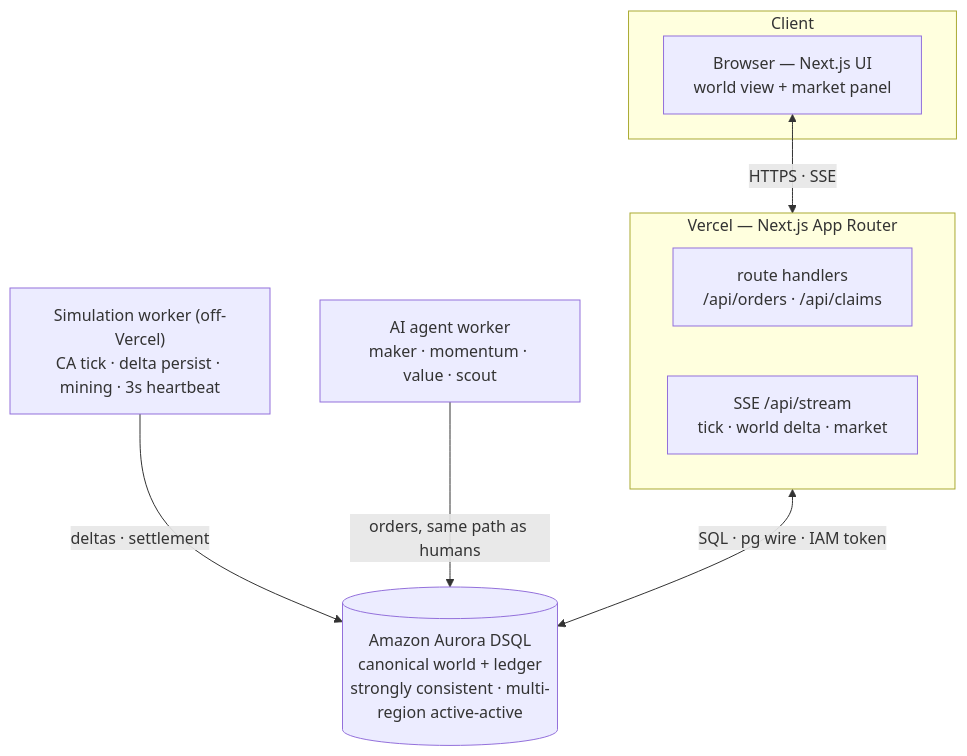
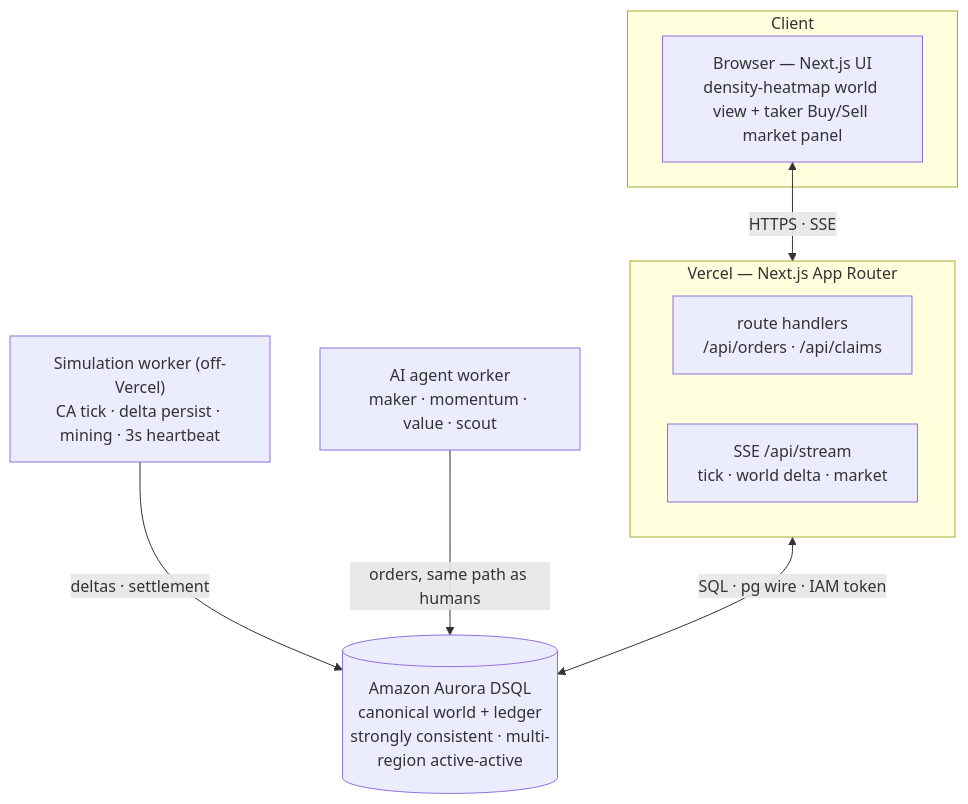
One commit to sgharlow/orbis-exchange changed the diagram in docs/architecture.md. Above: the diagram before and after it, drawn with Mermaid. The commit also changed other lines of this file and 12 other files, not shown here.

````diff
--- a/docs/architecture.md
+++ b/docs/architecture.md
@@ -11,18 +11,18 @@
 ```mermaid
 flowchart TB
   subgraph Client
-    UI["Browser — Next.js UI<br/>world view + market panel"]
+    UI["Browser — Next.js UI<br/>density-heatmap world view + taker Buy/Sell market panel"]
   end
   subgraph Vercel["Vercel — Next.js App Router"]
     RH["route handlers<br/>/api/orders · /api/claims"]
     SSE["SSE /api/stream<br/>tick · world delta · market"]
   end
   DSQL[("Amazon Aurora DSQL<br/>canonical world + ledger<br/>strongly consistent · multi-region active-active")]
   SIM["Simulation worker (off-Vercel)<br/>CA tick · delta persist · mining · 3s heartbeat"]
   AG["AI agent worker<br/>maker · momentum · value · scout"]
 
   UI <-->|HTTPS · SSE| Vercel
   Vercel <-->|SQL · pg wire · IAM token| DSQL
   SIM -->|deltas · settlement| DSQL
   AG -->|orders, same path as humans| DSQL
 ```
````
